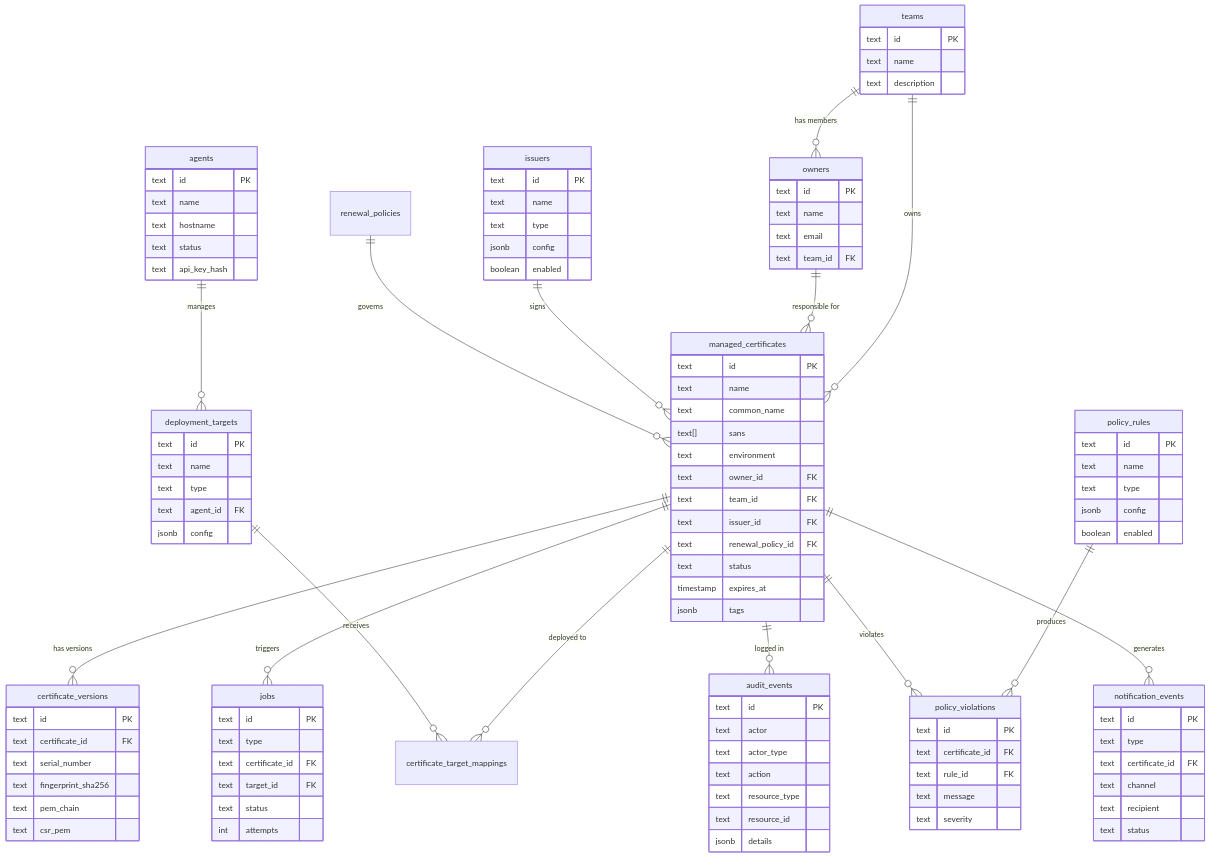
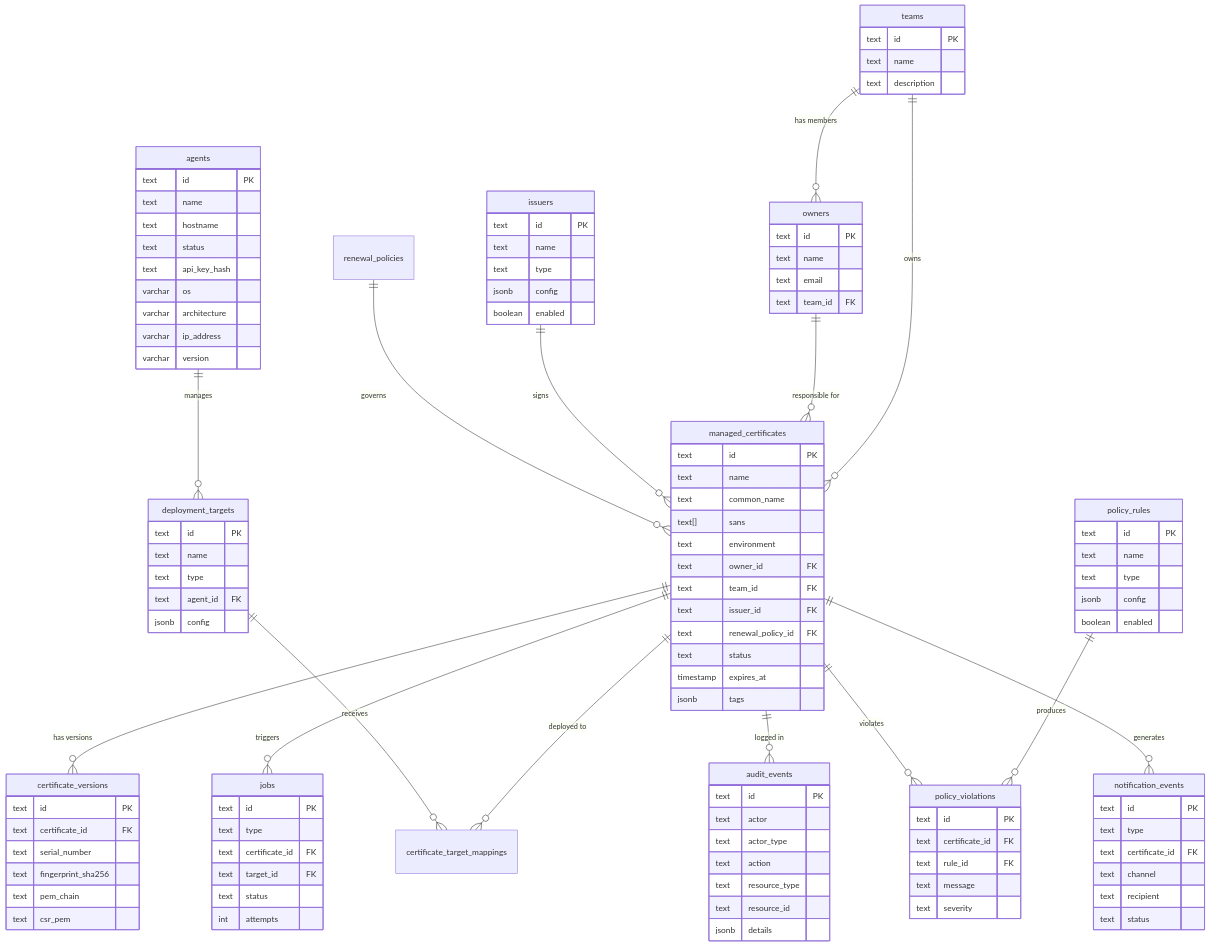
One commit to certctl-io/certctl changed the second of 11 diagrams in docs/architecture.md. Above: the diagram before and after it, drawn with Mermaid. The commit also changed other lines of this file and 4 other files, not shown here.

First line of the commit message:
docs: add 47-day cert lifespan motivation, update roadmap, cross-validate all docs

```diff
--- a/docs/architecture.md
+++ b/docs/architecture.md
@@ -157,6 +159,10 @@
         text hostname
         text status
         text api_key_hash
+        varchar os
+        varchar architecture
+        varchar ip_address
+        varchar version
     }
     deployment_targets {
         text id PK
```
